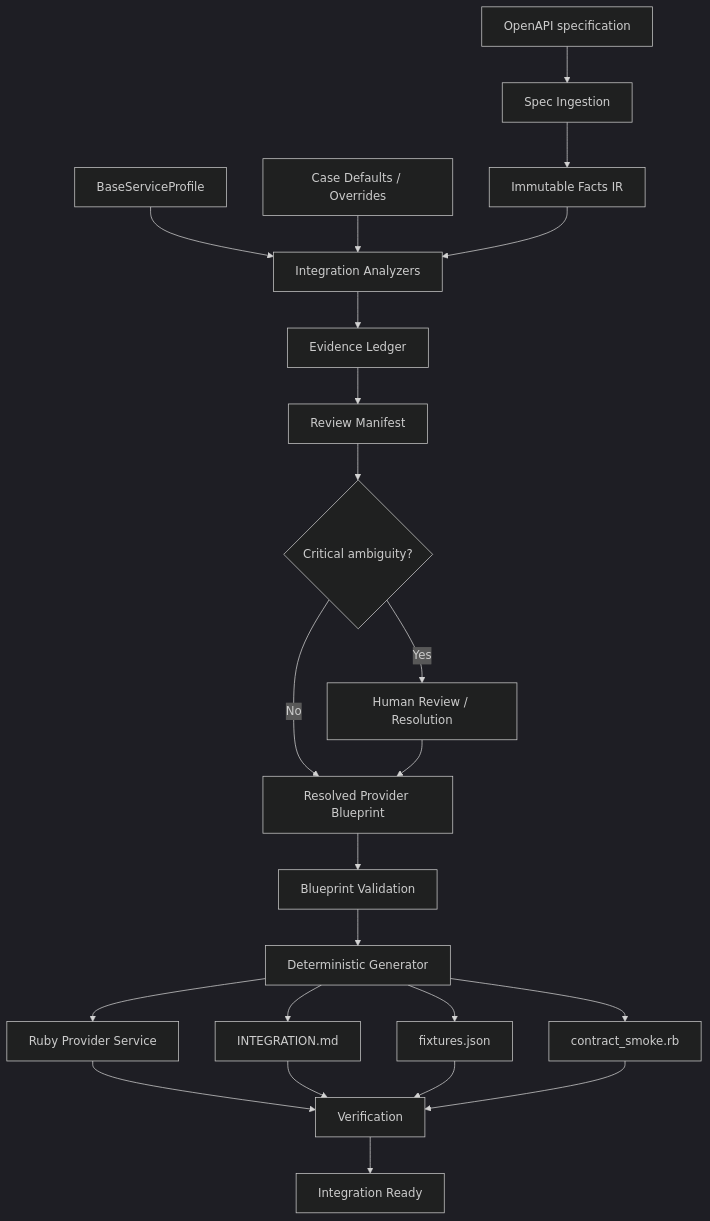
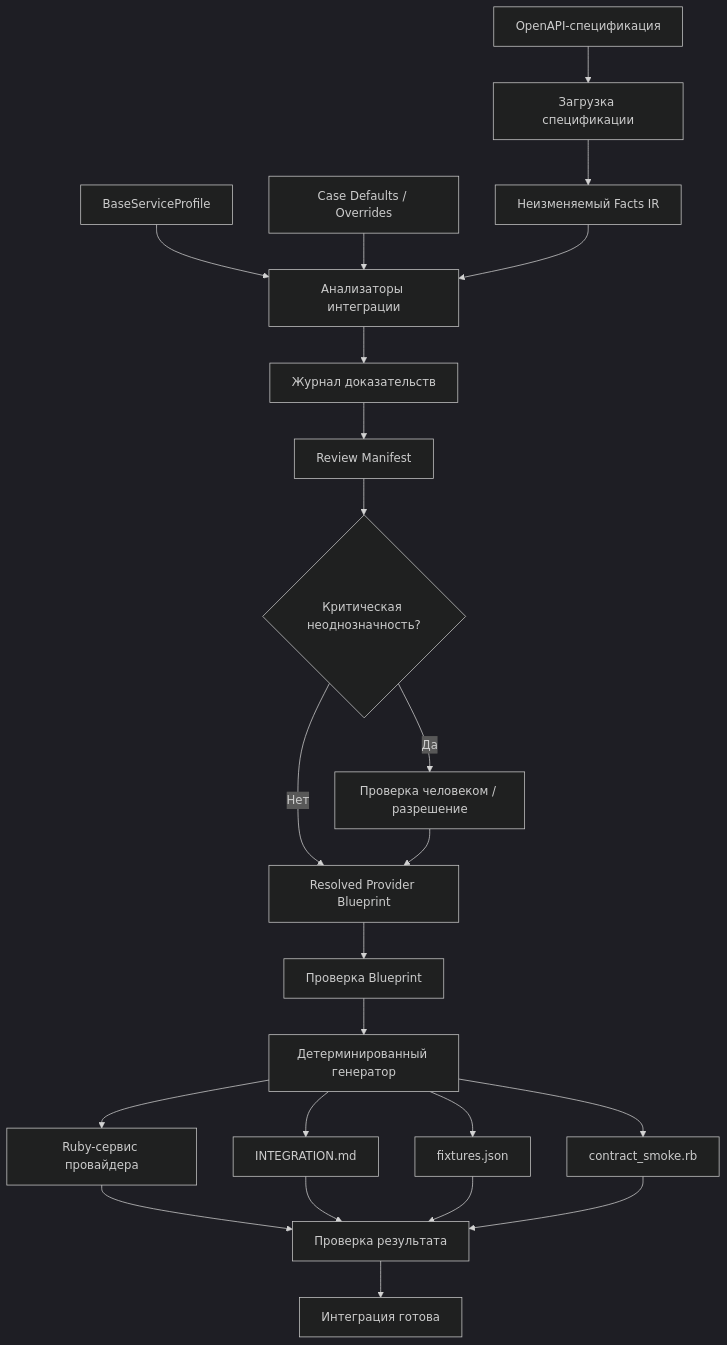
One commit to EdYaRdx/Ruby_hack changed the first of 2 diagrams in README.md. Above: the diagram before and after it, drawn with Mermaid (dark theme). The commit also changed other lines of this file and 15 other files, not shown here.

````diff
--- a/README.md
+++ b/README.md
@@ -83,25 +86,25 @@
 ```mermaid
 flowchart TD
-    A["OpenAPI specification"] --> B["Spec Ingestion"]
-    B --> C["Immutable Facts IR"]
-    D["BaseServiceProfile"] --> E["Integration Analyzers"]
+    A["OpenAPI-спецификация"] --> B["Загрузка спецификации"]
+    B --> C["Неизменяемый Facts IR"]
+    D["BaseServiceProfile"] --> E["Анализаторы интеграции"]
     F["Case Defaults / Overrides"] --> E
     C --> E
-    E --> G["Evidence Ledger"]
+    E --> G["Журнал доказательств"]
     G --> H["Review Manifest"]
-    H --> I{"Critical ambiguity?"}
-    I -->|Yes| J["Human Review / Resolution"]
-    I -->|No| K["Resolved Provider Blueprint"]
+    H --> I{"Критическая неоднозначность?"}
+    I -->|Да| J["Проверка человеком / разрешение"]
+    I -->|Нет| K["Resolved Provider Blueprint"]
     J --> K
-    K --> L["Blueprint Validation"]
-    L --> M["Deterministic Generator"]
-    M --> N["Ruby Provider Service"]
+    K --> L["Проверка Blueprint"]
+    L --> M["Детерминированный генератор"]
+    M --> N["Ruby-сервис провайдера"]
     M --> O["INTEGRATION.md"]
     M --> P["fixtures.json"]
     M --> Q["contract_smoke.rb"]
-    N --> R["Verification"]
+    N --> R["Проверка результата"]
     O --> R
     P --> R
     Q --> R
-    R --> S["Integration Ready"]
+    R --> S["Интеграция готова"]
 ```
````
